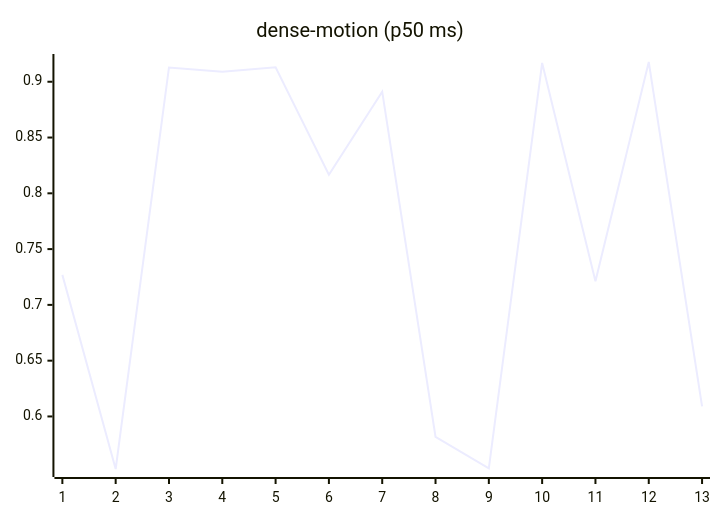
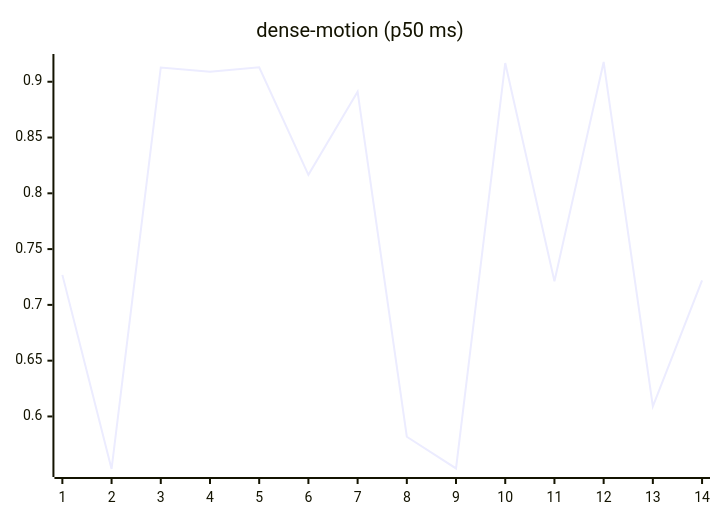
The ninth of 27 diagrams in README.md (josha/Facet), drawn with Mermaid before and after one commit. The commit also changed other lines of this file and 2 other files, not shown here.

````diff
--- a/README.md
+++ b/README.md
@@ -119,6 +119,6 @@
 ```mermaid
 xychart-beta
     title "dense-motion (p50 ms)"
-    x-axis 1 --> 13
-    line [0.7269, 0.5529, 0.9128, 0.9089, 0.9130, 0.8166, 0.8911, 0.5818, 0.5534, 0.9168, 0.7211, 0.9177, 0.6090]
+    x-axis 1 --> 14
+    line [0.7269, 0.5529, 0.9128, 0.9089, 0.9130, 0.8166, 0.8911, 0.5818, 0.5534, 0.9168, 0.7211, 0.9177, 0.6090, 0.7219]
 ```
````
